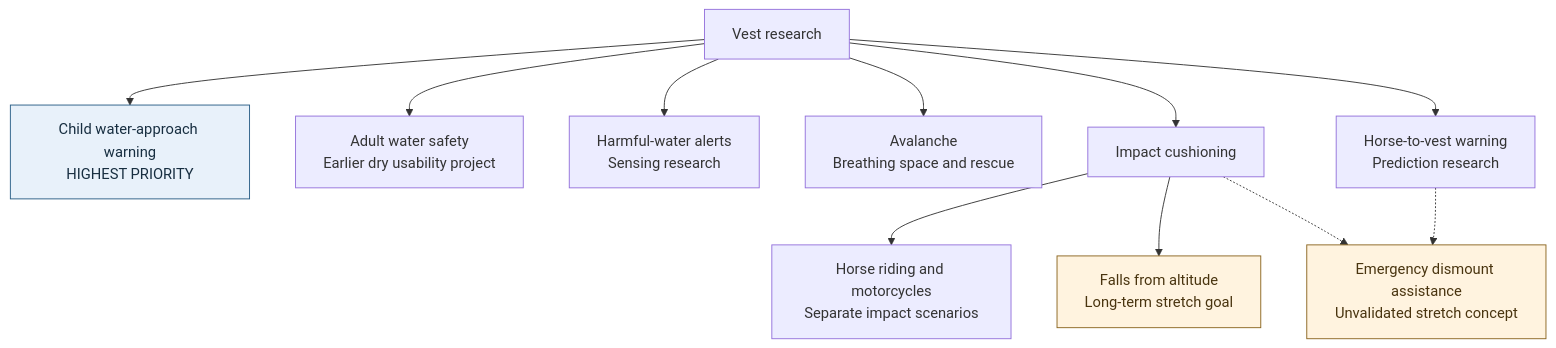
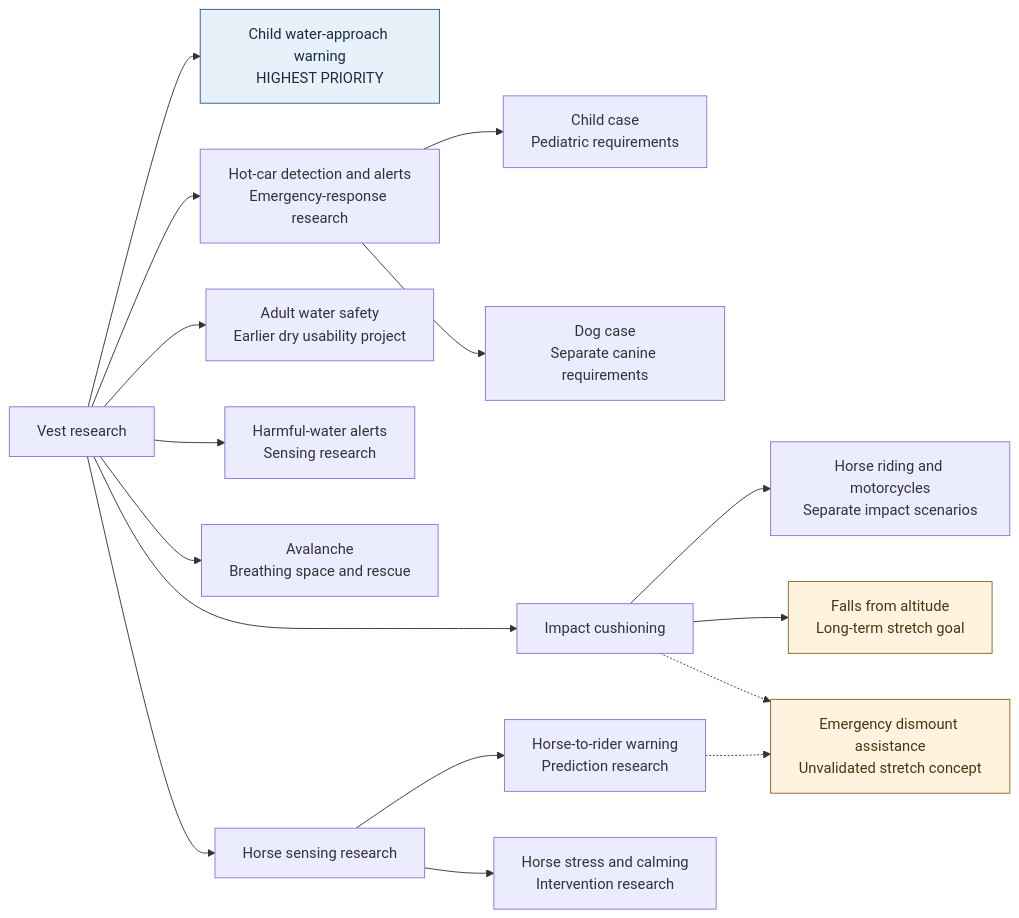
The first of 2 diagrams in docs/overview.md (eamusai/vest), drawn with Mermaid before and after one commit. The commit also changed other lines of this file and 9 other files, not shown here.

Commit message:
Add child and dog hot-car alerts and horse calming research

````diff
--- a/docs/overview.md
+++ b/docs/overview.md
@@ -9,18 +9,23 @@
 ```mermaid
-flowchart TD
+flowchart LR
     V["Vest research"]
     V --> C["Child water-approach warning<br/>HIGHEST PRIORITY"]
+    V --> K["Hot-car detection and alerts<br/>Emergency-response research"]
+    K --> KC["Child case<br/>Pediatric requirements"]
+    K --> KD["Dog case<br/>Separate canine requirements"]
     V --> W["Adult water safety<br/>Earlier dry usability project"]
     V --> T["Harmful-water alerts<br/>Sensing research"]
     V --> A["Avalanche<br/>Breathing space and rescue"]
     V --> I["Impact cushioning"]
-    V --> H["Horse-to-vest warning<br/>Prediction research"]
+    V --> H["Horse sensing research"]
+    H --> HW["Horse-to-rider warning<br/>Prediction research"]
+    H --> HC["Horse stress and calming<br/>Intervention research"]
     I --> R["Horse riding and motorcycles<br/>Separate impact scenarios"]
     I --> F["Falls from altitude<br/>Long-term stretch goal"]
-    H -.-> D["Emergency dismount assistance<br/>Unvalidated stretch concept"]
+    HW -.-> D["Emergency dismount assistance<br/>Unvalidated stretch concept"]
     I -.-> D
     classDef current fill:#e8f1fa,stroke:#285d85,color:#172e40;
     classDef stretch fill:#fff3df,stroke:#8a641e,color:#49340f;
     class C current;
     class F,D stretch;
 ```
````
